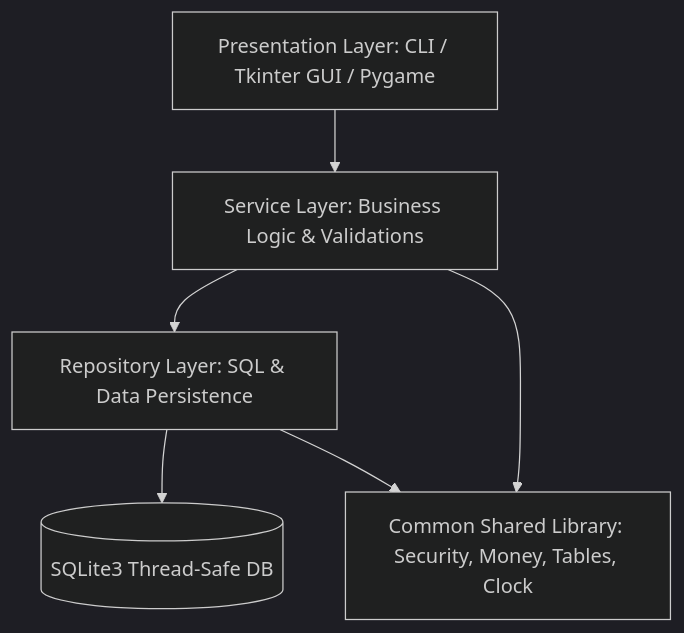
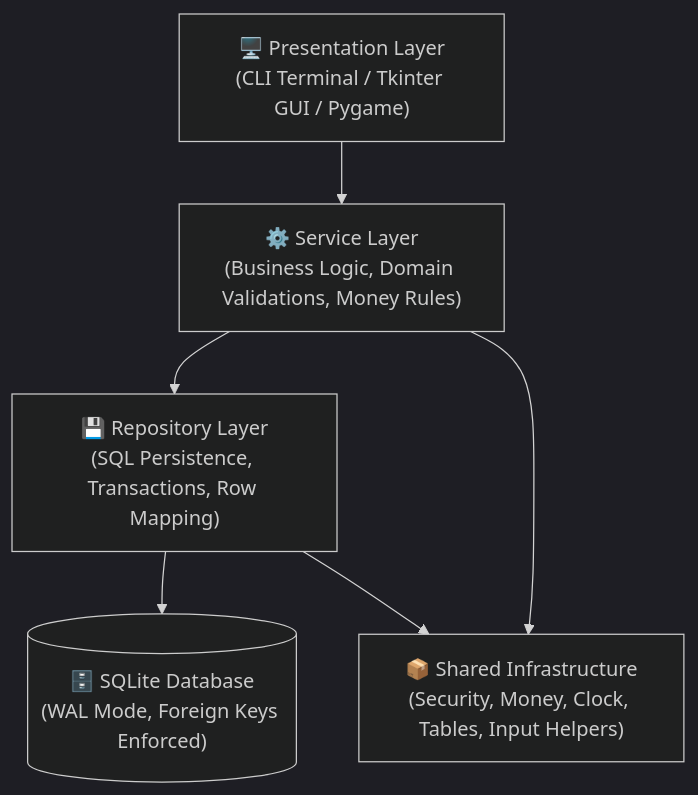
Before and after one commit to pabitralenka07/Python-mini_projects: the diagram in README.md, drawn with Mermaid (dark theme). The commit also changed other lines of this file and 73 other files, not shown here.

````diff
--- a/README.md
+++ b/README.md
@@ -107,14 +81,14 @@
 ```mermaid
 flowchart TD
-    UI[Presentation Layer: CLI / Tkinter GUI / Pygame]
-    SVC[Service Layer: Business Logic & Validations]
-    REPO[Repository Layer: SQL & Data Persistence]
-    DB[(SQLite3 Thread-Safe DB)]
-    COMM[Common Shared Library: Security, Money, Tables, Clock]
+    UI["🖥️ Presentation Layer<br/>(CLI Terminal / Tkinter GUI / Pygame)"]
+    SVC["⚙️ Service Layer<br/>(Business Logic, Domain Validations, Money Rules)"]
+    REPO["💾 Repository Layer<br/>(SQL Persistence, Transactions, Row Mapping)"]
+    DB[("🗄️ SQLite Database<br/>(WAL Mode, Foreign Keys Enforced)")]
+    COMM["📦 Shared Infrastructure<br/>(Security, Money, Clock, Tables, Input Helpers)"]
 
     UI --> SVC
     SVC --> REPO
     SVC --> COMM
     REPO --> DB
     REPO --> COMM
 ```
````
